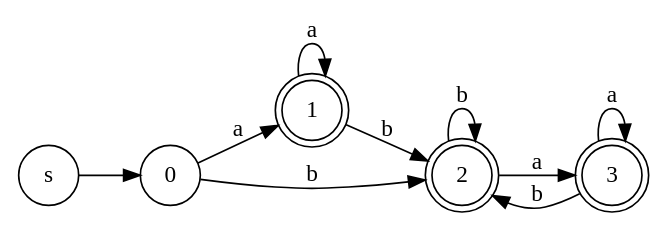
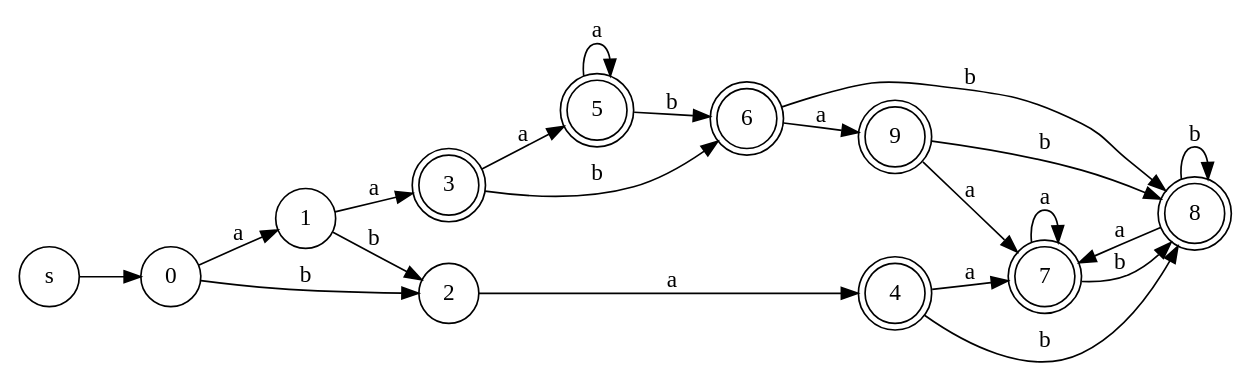
One commit to triumphaldance/Compilation-Principle changed the diagram in lexical_analysis/rex_to_mindfa/dot/dfa.dot. Above: the diagram before and after it, drawn with Graphviz. The commit also changed 46 other files, not shown here.

```diff
--- a/lexical_analysis/rex_to_mindfa/dot/dfa.dot
+++ b/lexical_analysis/rex_to_mindfa/dot/dfa.dot
@@ -1,21 +1,40 @@
 digraph DFA {
 	rankdir=LR;
 	node [shape=circle];
 	s -> 0
-	0 -> <1> [label="a"];
-	1 [shape=doublecircle];
-	0 -> <2> [label="b"];
-	2 [shape=doublecircle];
-	1 -> <1> [label="a"];
-	1 [shape=doublecircle];
-	1 -> <2> [label="b"];
-	2 [shape=doublecircle];
-	2 -> <3> [label="a"];
+	0 -> 1 [label="a"];
+	0 -> 2 [label="b"];
+	1 -> <3> [label="a"];
 	3 [shape=doublecircle];
-	2 -> <2> [label="b"];
-	2 [shape=doublecircle];
-	3 -> <3> [label="a"];
-	3 [shape=doublecircle];
-	3 -> <2> [label="b"];
-	2 [shape=doublecircle];
+	1 -> 2 [label="b"];
+	2 -> <4> [label="a"];
+	4 [shape=doublecircle];
+	3 -> <5> [label="a"];
+	5 [shape=doublecircle];
+	3 -> <6> [label="b"];
+	6 [shape=doublecircle];
+	4 -> <7> [label="a"];
+	7 [shape=doublecircle];
+	4 -> <8> [label="b"];
+	8 [shape=doublecircle];
+	5 -> <5> [label="a"];
+	5 [shape=doublecircle];
+	5 -> <6> [label="b"];
+	6 [shape=doublecircle];
+	6 -> <9> [label="a"];
+	9 [shape=doublecircle];
+	6 -> <8> [label="b"];
+	8 [shape=doublecircle];
+	7 -> <7> [label="a"];
+	7 [shape=doublecircle];
+	7 -> <8> [label="b"];
+	8 [shape=doublecircle];
+	8 -> <7> [label="a"];
+	7 [shape=doublecircle];
+	8 -> <8> [label="b"];
+	8 [shape=doublecircle];
+	9 -> <7> [label="a"];
+	7 [shape=doublecircle];
+	9 -> <8> [label="b"];
+	8 [shape=doublecircle];
 }
```
